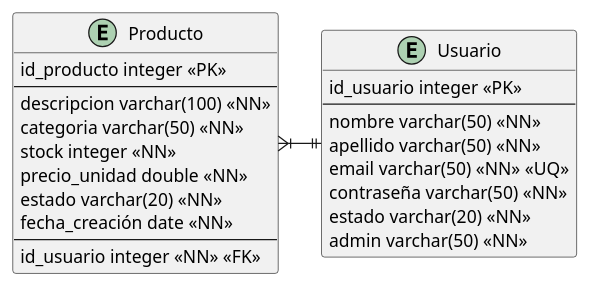
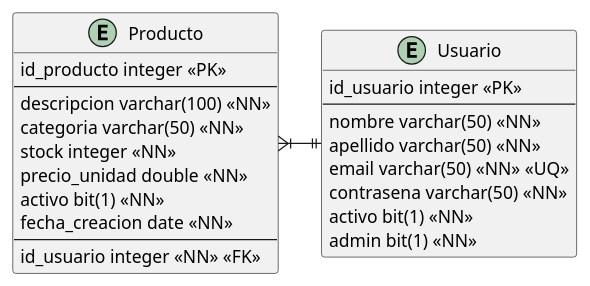
The diagram in doc/diagrama_entidad_relacion.puml (ndcruzc89/Proyecto-Inventario-MisionTIC2022), drawn with PlantUML before and after one commit. The commit also changed 5 other files, not shown here.

```diff
--- a/doc/diagrama_entidad_relacion.puml
+++ b/doc/diagrama_entidad_relacion.puml
@@ -1,29 +1,29 @@
 @startuml "Diagrama relacional"
 
 entity Producto {
     id_producto integer <<PK>> 
     --
     descripcion varchar(100) <<NN>>
     categoria varchar(50) <<NN>>
     stock integer <<NN>>
     precio_unidad double <<NN>>
-    estado varchar(20) <<NN>>
-    fecha_creación date <<NN>>
+    activo bit(1) <<NN>>
+    fecha_creacion date <<NN>>
     --
     id_usuario integer <<NN>> <<FK>>
 }
 
 entity Usuario {
     id_usuario integer <<PK>> 
     --
     nombre varchar(50) <<NN>>
     apellido varchar(50) <<NN>>
     email varchar(50) <<NN>> <<UQ>>
-    contraseña varchar(50) <<NN>>
-    estado varchar(20) <<NN>>
-    admin varchar(50) <<NN>>
+    contrasena varchar(50) <<NN>>
+    activo bit(1) <<NN>>
+    admin bit(1) <<NN>>
 }
 
 Producto }|-right-|| Usuario
 
 @enduml
```
